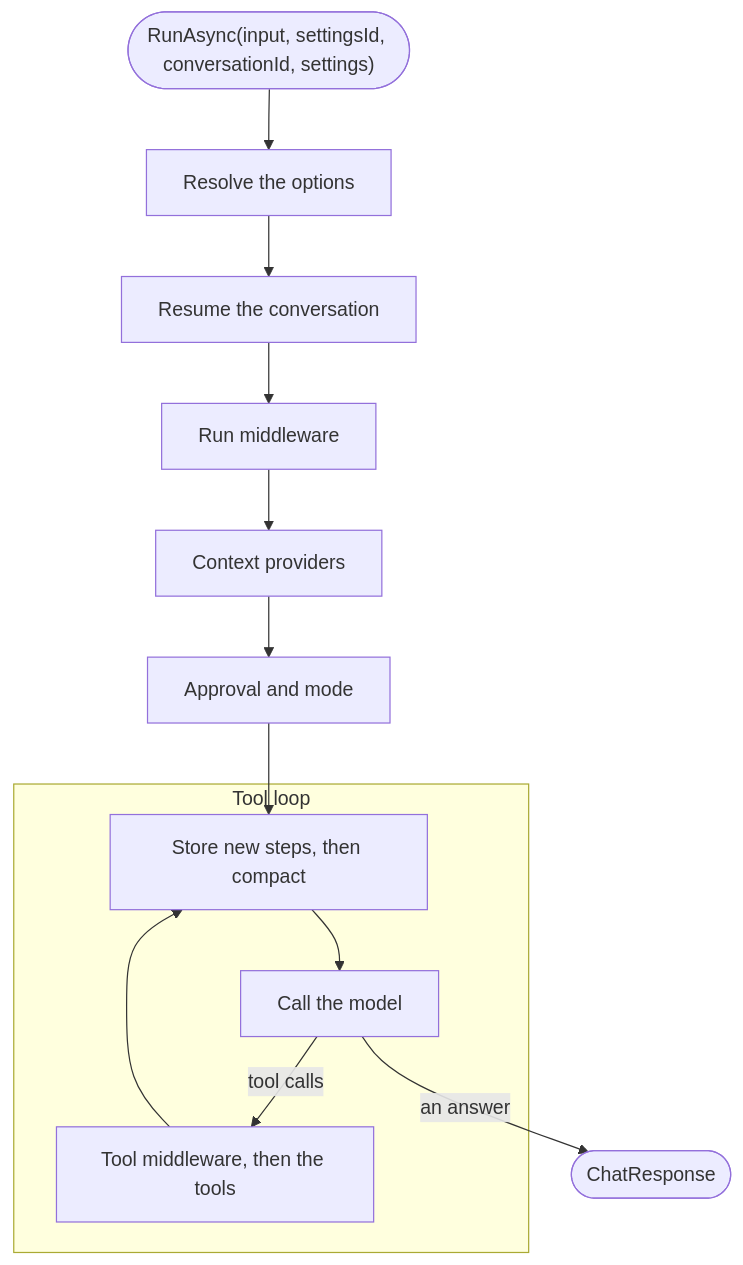
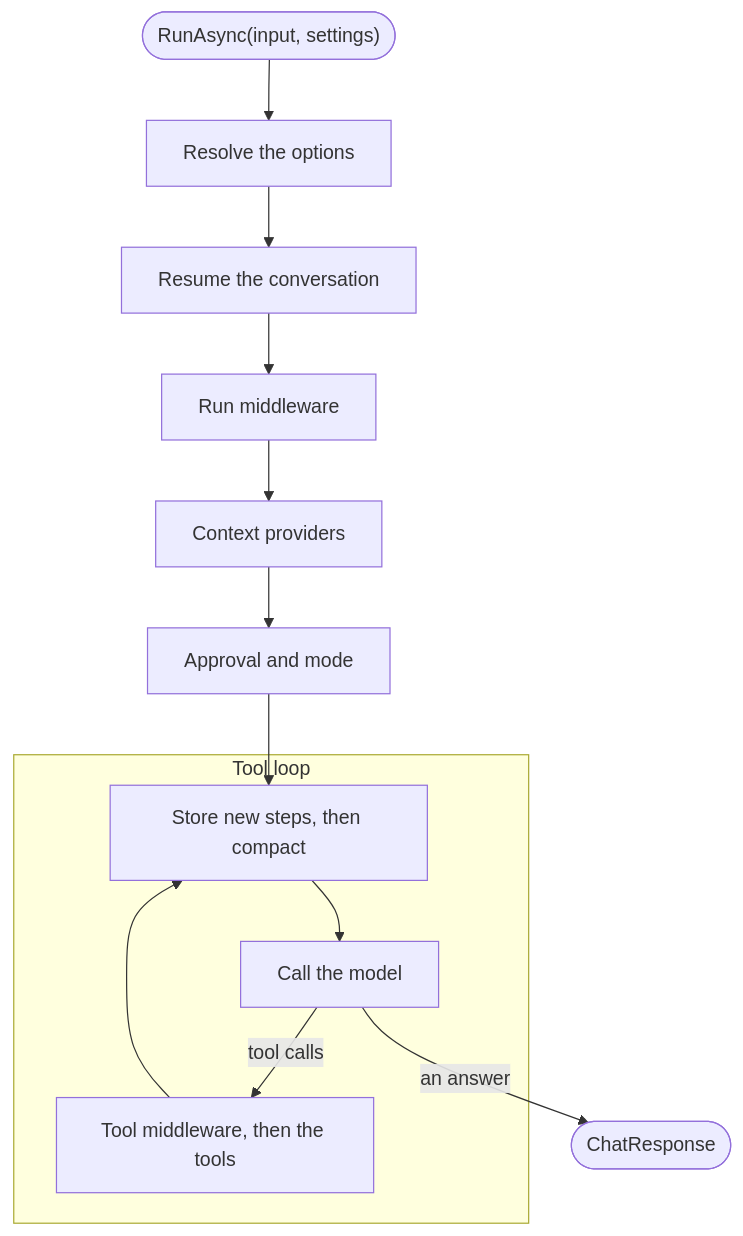
One commit to weboost-at/Typeshift changed the diagram in docs/guide/running-agents.md. Above: the diagram before and after it, drawn with Mermaid. The commit also changed other lines of this file and 32 other files, not shown here.

First line of the commit message:
Moved the docs and samples to WithSettingsId and WithConversationId

````diff
--- a/docs/guide/running-agents.md
+++ b/docs/guide/running-agents.md
@@ -212,15 +218,15 @@
 ```mermaid
 flowchart TD
-  start(["RunAsync(input, settingsId, conversationId, settings)"]) --> resolve[Resolve the options]
+  start(["RunAsync(input, settings)"]) --> resolve[Resolve the options]
   resolve --> conversation[Resume the conversation]
   conversation --> middleware[Run middleware]
   middleware --> context[Context providers]
   context --> approval[Approval and mode]
   approval --> before
   subgraph loop [Tool loop]
     before[Store new steps, then compact] --> model[Call the model]
     model -->|tool calls| tools[Tool middleware, then the tools]
     tools --> before
   end
   model -->|an answer| done([ChatResponse])
 ```
````
